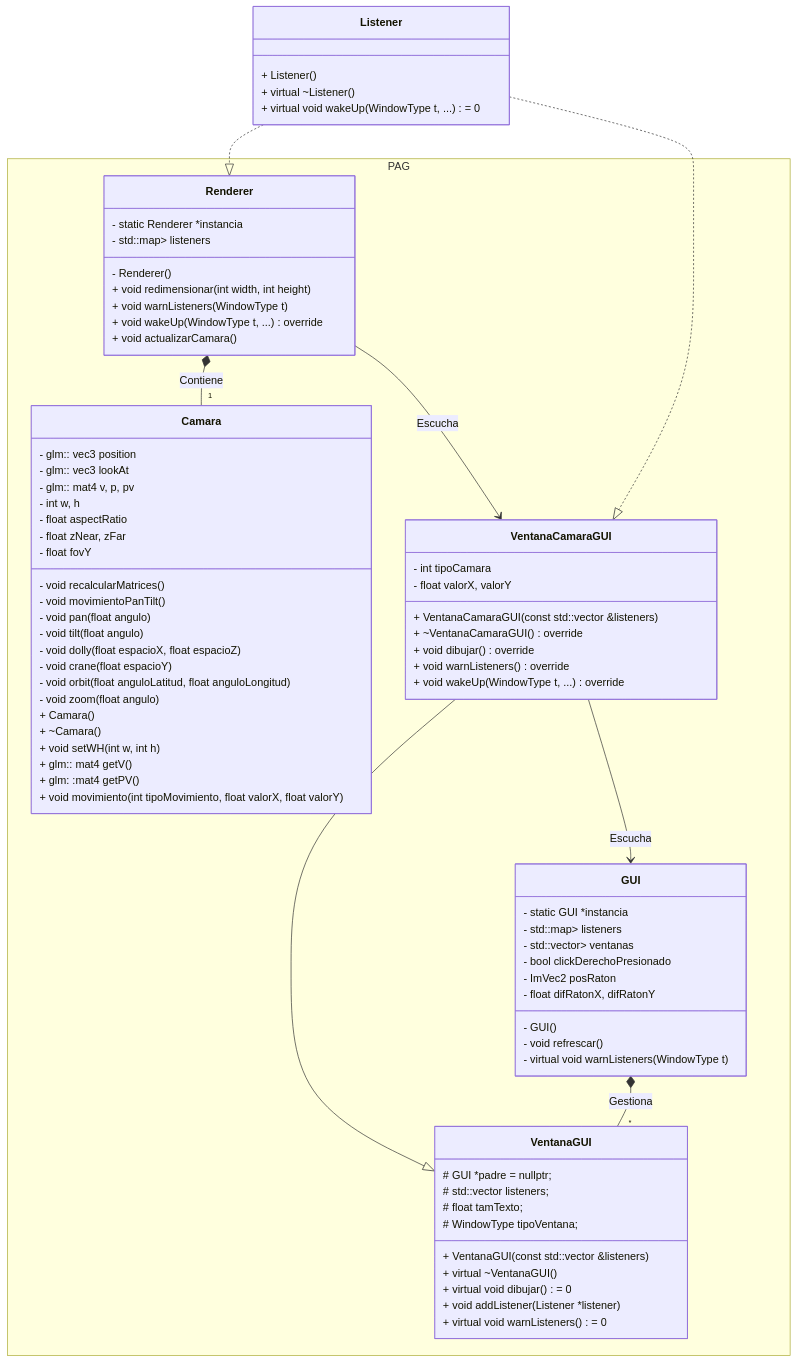
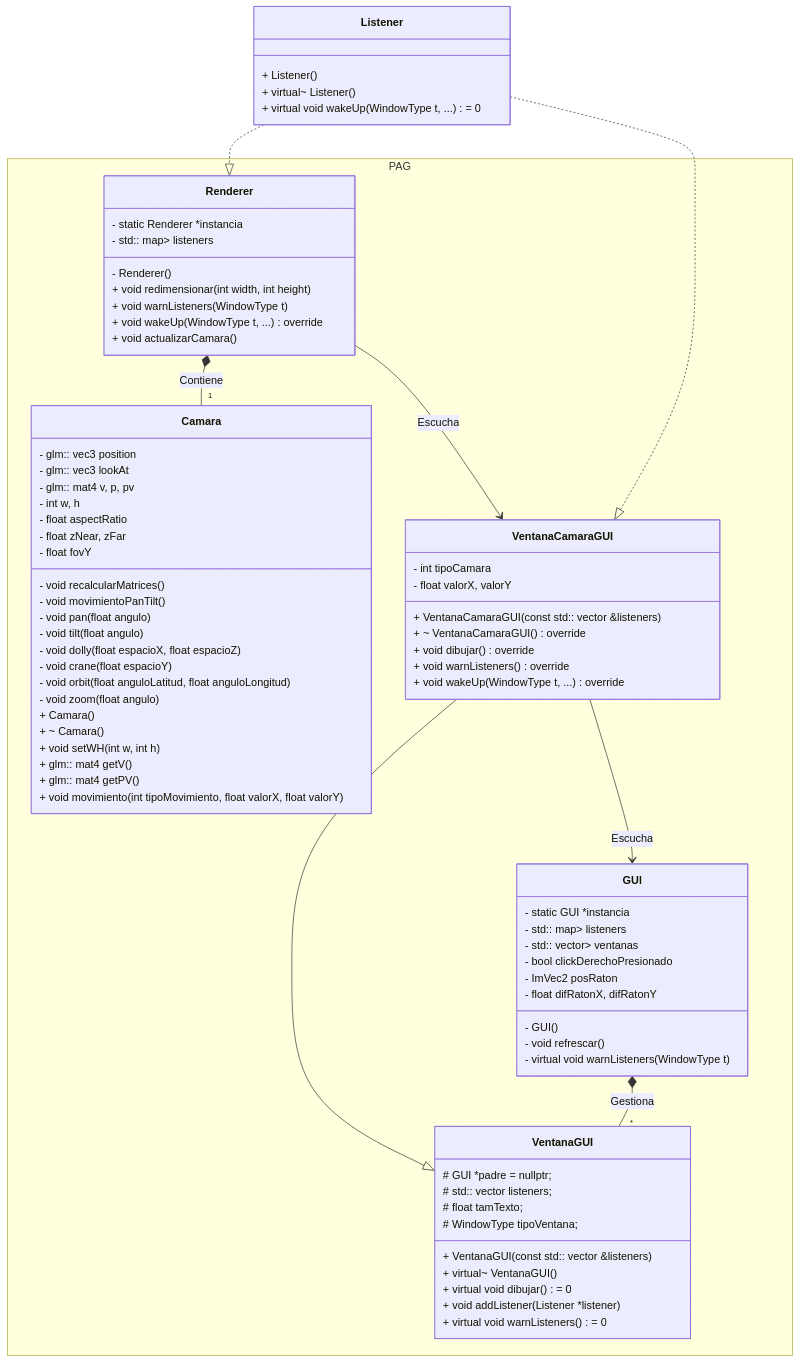
The first of 2 diagrams in README.md (shm00025/PAG-practica_1), drawn with Mermaid before and after one commit. The commit also changed other lines of this file, not shown here.

Commit message:
Implementación documentada en el README.md

````diff
--- a/README.md
+++ b/README.md
@@ -66,103 +68,91 @@
 ```mermaid
 classDiagram
     namespace PAG {
-    class Camara {
-        - glm:: vec3 position
-        - glm:: vec3 lookAt
-        - glm:: mat4 v, p, pv
-        - int w, h
-        - float aspectRatio
-        - float zNear, zFar
-        - float fovY
-        
-        - void recalcularMatrices()
-        - void movimientoPanTilt()
-        
-        - void pan(float angulo)
-        - void tilt(float angulo)
-        - void dolly(float espacioX, float espacioZ)
-        - void crane(float espacioY)
-        - void orbit(float anguloLatitud, float anguloLongitud)
-        - void zoom(float angulo)
-        
-        + Camara()
-        + ~Camara()
-        
-        + void setWH(int w, int h)
-        + glm:: mat4 getV()
-        + glm: :mat4 getPV()
-        
-        + void movimiento(int tipoMovimiento, float valorX, float valorY)
+        class Camara {
+            - glm:: vec3 position
+            - glm:: vec3 lookAt
+            - glm:: mat4 v, p, pv
+            - int w, h
+            - float aspectRatio
+            - float zNear, zFar
+            - float fovY
+            - void recalcularMatrices()
+            - void movimientoPanTilt()
+            - void pan(float angulo)
+            - void tilt(float angulo)
+            - void dolly(float espacioX, float espacioZ)
+            - void crane(float espacioY)
+            - void orbit(float anguloLatitud, float anguloLongitud)
+            - void zoom(float angulo)
+            + Camara()
+            + ~ Camara()
+            + void setWH(int w, int h)
+            + glm:: mat4 getV()
+            + glm:: mat4 getPV()
+            + void movimiento(int tipoMovimiento, float valorX, float valorY)
+        }
+
+        class Renderer {
+            - static Renderer *instancia
+            - Renderer()
+            - std:: map<WindowType, std:: vector<Listener*>> listeners
+            + void redimensionar(int width, int height)
+            + void warnListeners(WindowType t)
+            + void wakeUp(WindowType t, ...) override
+            + void actualizarCamara()
+        }
+
+        class VentanaCamaraGUI {
+            - int tipoCamara
+            - float valorX, valorY
+            + VentanaCamaraGUI(const std:: vector<Listener*> &listeners)
+            + ~ VentanaCamaraGUI() override
+            + void dibujar() override
+            + void warnListeners() override
+            + void wakeUp(WindowType t, ...) override
+        }
+
+        class VentanaGUI {
+            # GUI *padre = nullptr;
+            # std:: vector<Listener*> listeners;
+            # float tamTexto;
+            # WindowType tipoVentana;
+            + VentanaGUI(const std:: vector<Listener*> &listeners)
+            + virtual~ VentanaGUI()
+            + virtual void dibujar() = 0
+            + void addListener(Listener *listener)
+            + virtual void warnListeners() = 0
+        }
+
+        class GUI {
+            - static GUI *instancia
+            - GUI()
+            - std:: map<WindowType, std:: vector<Listener*>> listeners
+            - std:: vector<std:: unique_ptr<VentanaGUI>> ventanas
+            - bool clickDerechoPresionado
+            - ImVec2 posRaton
+            - float difRatonX, difRatonY
+            - void refrescar()
+            - virtual void warnListeners(WindowType t)
+        }
     }
 
-    class Renderer {
-        - static Renderer *instancia
-        - Renderer()
-        - std::map<WindowType, std::vector<Listener*>> listeners
-        
-        + void redimensionar(int width, int height)
-        + void warnListeners(WindowType t)
-        + void wakeUp ( WindowType t, ... ) override
-        + void actualizarCamara()
+    class Listener {
+        + Listener()
+        + virtual~ Listener()
+        + virtual void wakeUp(WindowType t, ...) = 0
     }
-    
-    class VentanaCamaraGUI {
-        - int tipoCamara
-        - float valorX, valorY
-
-        + VentanaCamaraGUI(const std::vector<Listener*> &listeners)
-        + ~VentanaCamaraGUI() override
-        + void dibujar() override
-        + void warnListeners() override
-        + void wakeUp(WindowType t, ...) override
-    }
-    
-    class VentanaGUI {
-        # GUI *padre = nullptr;
-        # std::vector<Listener*> listeners;
-        # float tamTexto;
-        # WindowType tipoVentana;
-        
-        + VentanaGUI(const std::vector<Listener*> &listeners)
-        + virtual ~VentanaGUI()
-        + virtual void dibujar() = 0
-        + void addListener(Listener *listener)
-        + virtual void warnListeners() = 0
-    }
-    
-    class GUI {
-        - static GUI *instancia
-        - GUI()
-        - std::map<WindowType, std::vector<Listener*>> listeners
-        - std::vector<std::unique_ptr<VentanaGUI>> ventanas
-        - bool clickDerechoPresionado
-        - ImVec2 posRaton
-        - float difRatonX, difRatonY
-
-        - void refrescar()
-        - virtual void warnListeners(WindowType t)
-    }
-}
-
-class Listener {
-    + Listener()
-    + virtual ~Listener ()
-    + virtual void wakeUp ( WindowType t, ... ) = 0 
-}
 
 %% Primero definimos la especialización
-VentanaGUI <|-- VentanaCamaraGUI
-
+    VentanaGUI <|-- VentanaCamaraGUI
 %% Ahora las implementaciones de listener
-Listener ..|> VentanaCamaraGUI
-Listener ..|> Renderer
-
+    Listener ..|> VentanaCamaraGUI
+    Listener ..|> Renderer
 %% La composición Renderer-Camara y GUI-VentanaGUI
-Renderer *-- "1" Camara : Contiene
-GUI *-- "*" VentanaGUI : Gestiona
-
+    Renderer *-- "1" Camara: Contiene
+    GUI *-- "*" VentanaGUI: Gestiona
 %% Finalmente definimos los listeners
-Renderer --> VentanaCamaraGUI : Escucha
-VentanaCamaraGUI --> GUI : Escucha
+    Renderer --> VentanaCamaraGUI: Escucha
+    VentanaCamaraGUI --> GUI: Escucha
 
 ```
````
